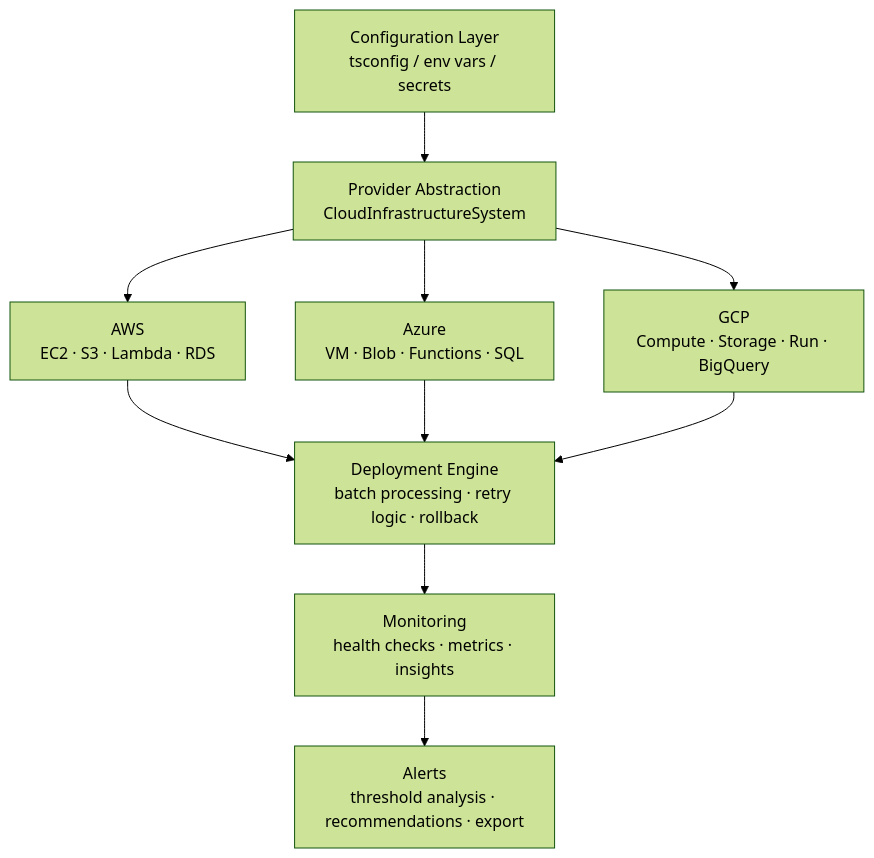
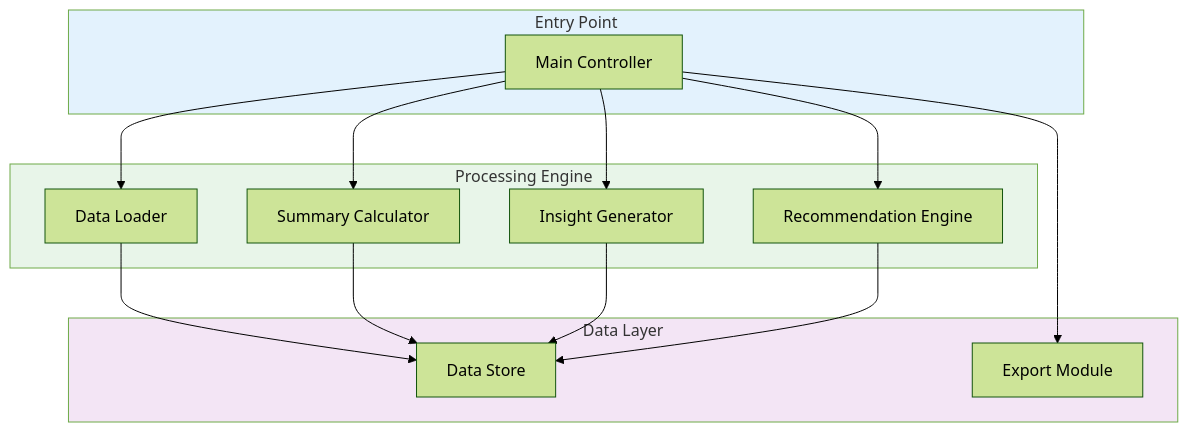
One commit to galafis/Cloud-Infrastructure-Manager-TS changed the diagram in README.md. Above: the diagram before and after it, drawn with Mermaid (forest theme). The commit also changed other lines of this file and 4 other files, not shown here.

````diff
--- a/README.md
+++ b/README.md
@@ -30,12 +22,32 @@
 ```mermaid
-flowchart TD
-    A[Configuration Layer\ntsconfig / env vars / secrets] --> B[Provider Abstraction\nCloudInfrastructureSystem]
-    B --> C1[AWS\nEC2 · S3 · Lambda · RDS]
-    B --> C2[Azure\nVM · Blob · Functions · SQL]
-    B --> C3[GCP\nCompute · Storage · Run · BigQuery]
-    C1 --> D[Deployment Engine\nbatch processing · retry logic · rollback]
-    C2 --> D
-    C3 --> D
-    D --> E[Monitoring\nhealth checks · metrics · insights]
-    E --> F[Alerts\nthreshold analysis · recommendations · export]
+graph TB
+    subgraph Entry["Entry Point"]
+        A[Main Controller]
+    end
+
+    subgraph Core["Processing Engine"]
+        B[Data Loader]
+        C[Summary Calculator]
+        D[Insight Generator]
+        E[Recommendation Engine]
+    end
+
+    subgraph Data["Data Layer"]
+        F[Data Store]
+        G[Export Module]
+    end
+
+    A --> B
+    B --> F
+    A --> C
+    A --> D
+    A --> E
+    C --> F
+    D --> F
+    E --> F
+    A --> G
+
+    style Entry fill:#e3f2fd
+    style Core fill:#e8f5e9
+    style Data fill:#f3e5f5
 ```
````
